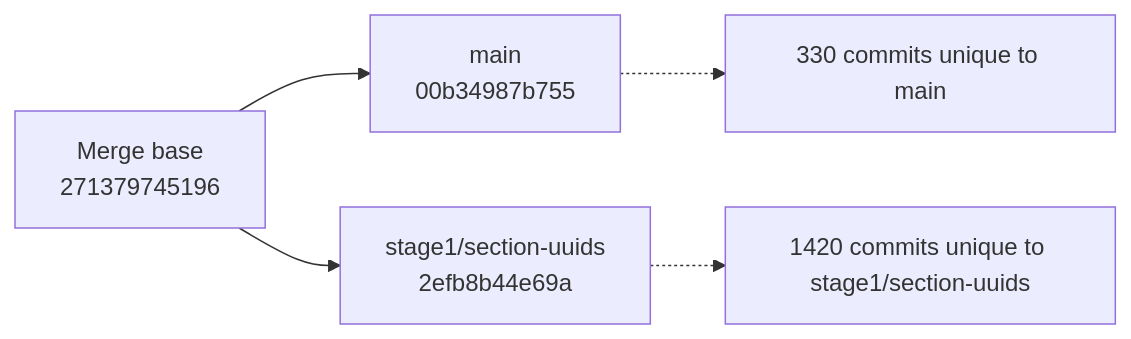
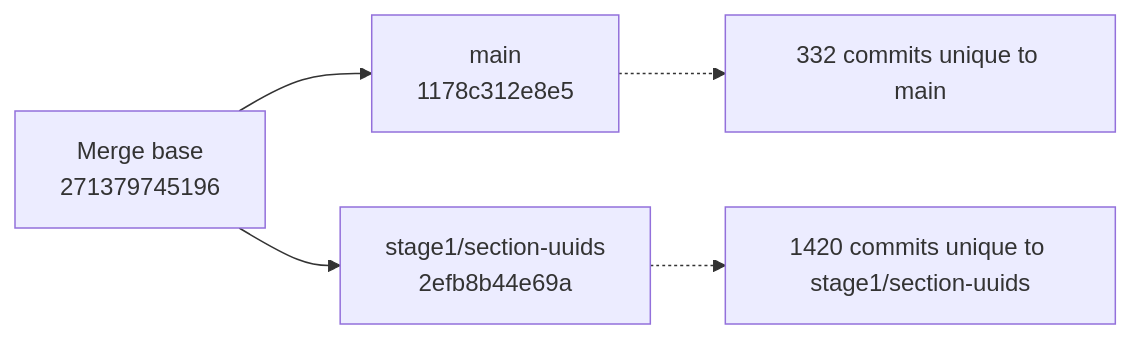
Before and after one commit to snoopdock/Finite_element_analysis_project: the diagram in branch-graphify-results/latest/git-lineage.mmd, drawn with Mermaid. The commit also changed 10 other files, not shown here.

Commit message:
Update Graphify branch analysis [skip ci]

```diff
--- a/branch-graphify-results/latest/git-lineage.mmd
+++ b/branch-graphify-results/latest/git-lineage.mmd
@@ -1,10 +1,10 @@
 flowchart LR
   MB["Merge base<br/>271379745196"]
-  B["main<br/>00b34987b755"]
+  B["main<br/>1178c312e8e5"]
   C["stage1/section-uuids<br/>2efb8b44e69a"]
   MB --> B
   MB --> C
-  B_note["330 commits unique to main"]
+  B_note["332 commits unique to main"]
   C_note["1420 commits unique to stage1/section-uuids"]
   B -.-> B_note
   C -.-> C_note
```
